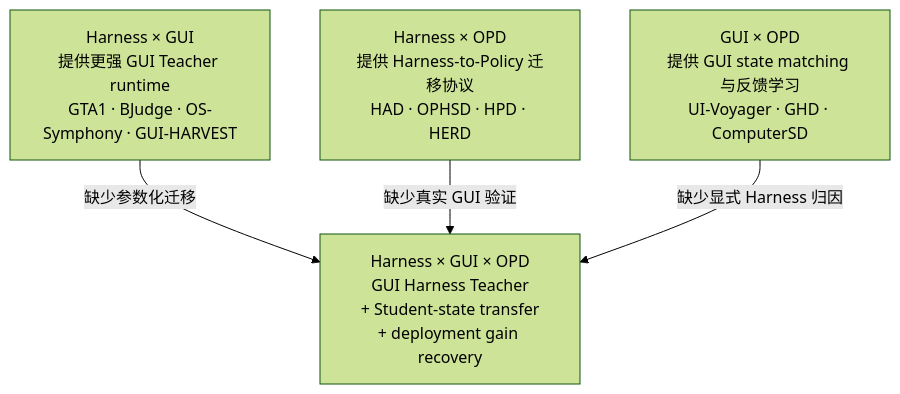
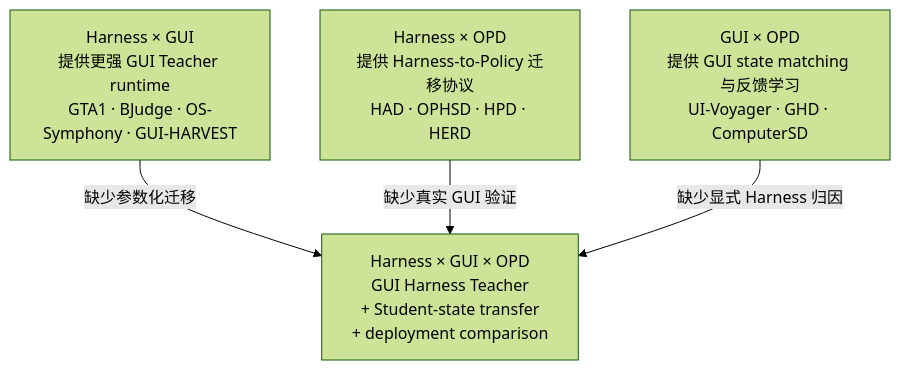
One commit to jiafr1802/harness-opd-papers changed the second of 3 diagrams in notes/Harness-OPD-GUI-Harness-ecosystem-and-scale-report-zh.md. Above: the diagram before and after it, drawn with Mermaid (forest theme). The commit also changed other lines of this file and 2 other files, not shown here.

Commit message:
docs: simplify GUI Harness OPD evaluation

````diff
--- a/notes/Harness-OPD-GUI-Harness-ecosystem-and-scale-report-zh.md
+++ b/notes/Harness-OPD-GUI-Harness-ecosystem-and-scale-report-zh.md
@@ -100,11 +99,11 @@
 ```mermaid
 flowchart TB
     HG[Harness × GUI<br/>提供更强 GUI Teacher runtime<br/>GTA1 · BJudge · OS-Symphony · GUI-HARVEST]
     HO[Harness × OPD<br/>提供 Harness-to-Policy 迁移协议<br/>HAD · OPHSD · HPD · HERD]
     GO[GUI × OPD<br/>提供 GUI state matching 与反馈学习<br/>UI-Voyager · GHD · ComputerSD]
-    C[Harness × GUI × OPD<br/>GUI Harness Teacher<br/>+ Student-state transfer<br/>+ deployment gain recovery]
+    C[Harness × GUI × OPD<br/>GUI Harness Teacher<br/>+ Student-state transfer<br/>+ deployment comparison]
 
     HG -->|缺少参数化迁移| C
     HO -->|缺少真实 GUI 验证| C
     GO -->|缺少显式 Harness 归因| C
 ```
````
